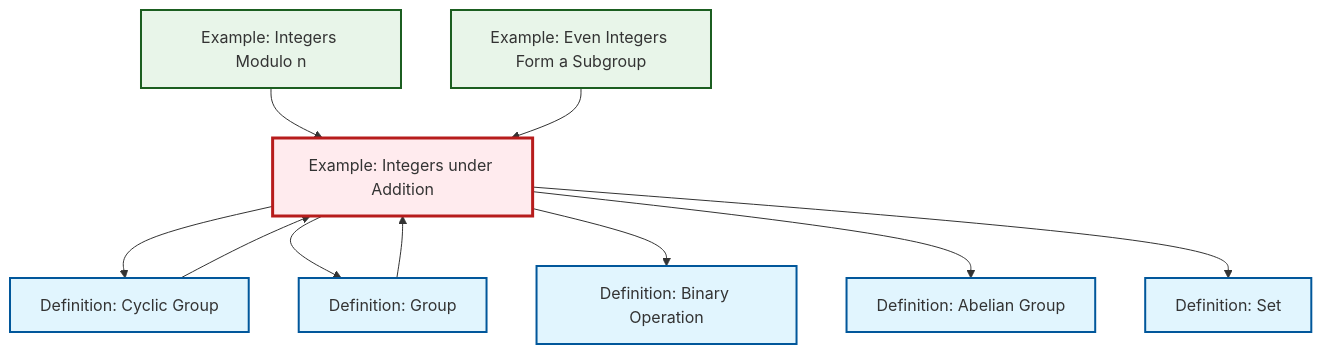
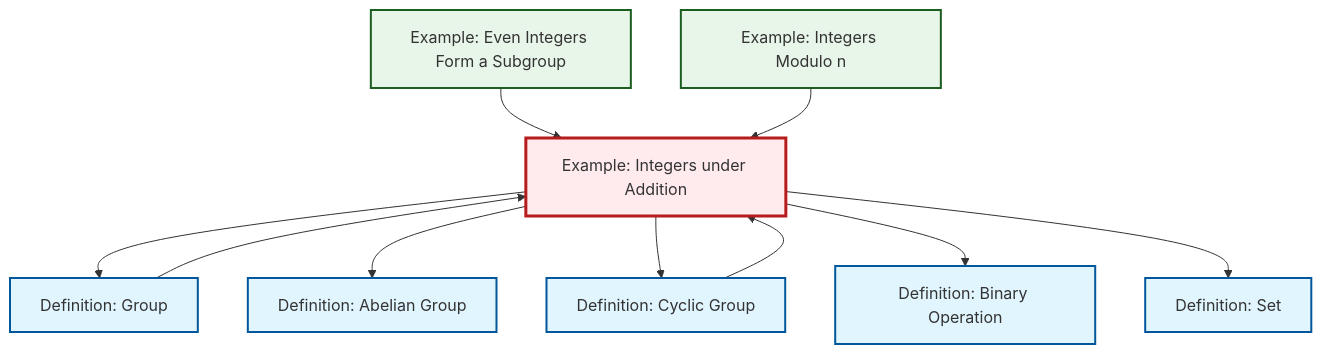
One commit to RK0429/ModernMath changed the diagram in content/en/algebra/ex-integers-addition.qmd. Above: the diagram before and after it, drawn with Mermaid. The commit also changed other lines of this file and 581 other files, not shown here.

````diff
--- a/content/en/algebra/ex-integers-addition.qmd
+++ b/content/en/algebra/ex-integers-addition.qmd
@@ -73,34 +73,34 @@
 ```{mermaid}
 %%| fig-cap: "Local dependency graph"
 graph TD
     classDef definition fill:#e1f5fe,stroke:#01579b,stroke-width:2px
     classDef theorem fill:#f3e5f5,stroke:#4a148c,stroke-width:2px
     classDef axiom fill:#fff3e0,stroke:#e65100,stroke-width:2px
     classDef example fill:#e8f5e9,stroke:#1b5e20,stroke-width:2px
     classDef current fill:#ffebee,stroke:#b71c1c,stroke-width:3px
-    ex-even-integers-subgroup["Example: Even Integers Form a Subgroup"]:::example
+    def-binary-operation["Definition: Binary Operation"]:::definition
+    ex-integers-addition["Example: Integers under Addition"]:::example
     def-abelian-group["Definition: Abelian Group"]:::definition
-    ex-quotient-integers-mod-n["Example: Integers Modulo n"]:::example
-    ex-integers-addition["Example: Integers under Addition"]:::example
     def-cyclic-group["Definition: Cyclic Group"]:::definition
     def-group["Definition: Group"]:::definition
-    def-binary-operation["Definition: Binary Operation"]:::definition
     def-set["Definition: Set"]:::definition
+    ex-even-integers-subgroup["Example: Even Integers Form a Subgroup"]:::example
+    ex-quotient-integers-mod-n["Example: Integers Modulo n"]:::example
+    ex-even-integers-subgroup --> ex-integers-addition
+    ex-integers-addition --> def-group
+    ex-integers-addition --> def-abelian-group
     ex-integers-addition --> def-cyclic-group
+    def-cyclic-group --> ex-integers-addition
     def-group --> ex-integers-addition
+    ex-integers-addition --> def-binary-operation
+    ex-integers-addition --> def-set
     ex-quotient-integers-mod-n --> ex-integers-addition
-    ex-integers-addition --> def-group
-    ex-integers-addition --> def-binary-operation
-    ex-integers-addition --> def-abelian-group
-    def-cyclic-group --> ex-integers-addition
-    ex-even-integers-subgroup --> ex-integers-addition
-    ex-integers-addition --> def-set
     class ex-integers-addition current
-    click ex-even-integers-subgroup "ex-even-integers-subgroup.html" "Go to Even Integers Form a Subgroup example"
+    click def-binary-operation "def-binary-operation.html" "Go to Binary Operation definition"
     click def-abelian-group "def-abelian-group.html" "Go to Abelian Group definition"
-    click ex-quotient-integers-mod-n "ex-quotient-integers-mod-n.html" "Go to Integers Modulo n example"
     click def-cyclic-group "def-cyclic-group.html" "Go to Cyclic Group definition"
     click def-group "def-group.html" "Go to Group definition"
-    click def-binary-operation "def-binary-operation.html" "Go to Binary Operation definition"
     click def-set "def-set.html" "Go to Set definition"
+    click ex-even-integers-subgroup "ex-even-integers-subgroup.html" "Go to Even Integers Form a Subgroup example"
+    click ex-quotient-integers-mod-n "ex-quotient-integers-mod-n.html" "Go to Integers Modulo n example"
 ```
````
